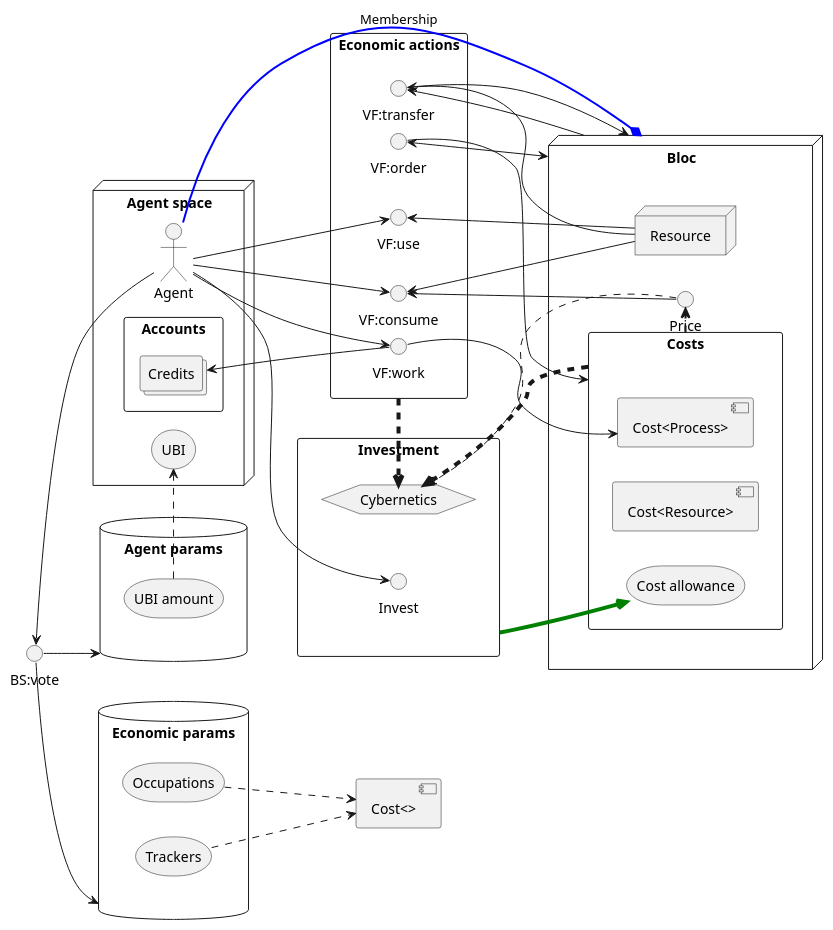
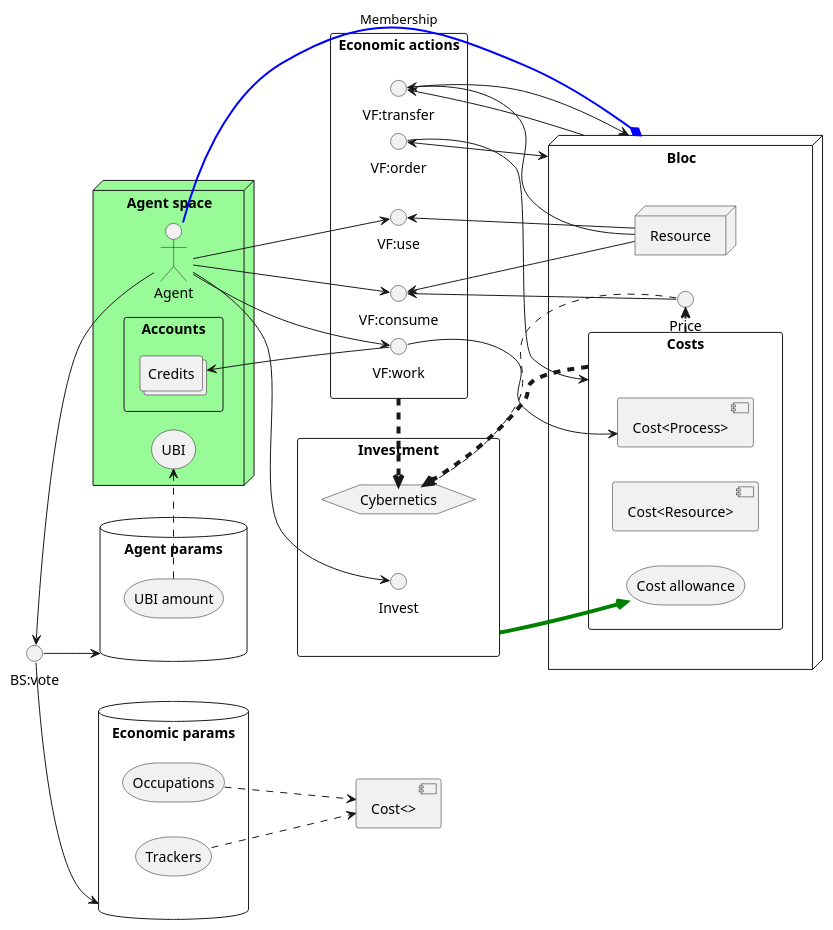
Before and after one commit to basisproject/paper: the diagram in protocol.plantuml, drawn with PlantUML.

Commit message:
make it rain

```diff
--- a/protocol.plantuml
+++ b/protocol.plantuml
@@ -1,78 +1,77 @@
 @startuml
 
 left to right direction
-
-node Agent as "Agent space" {
+node Agent as "Agent space" #palegreen {
 	actor Agent.agent as "Agent"
 
 	storage Agent.UBI as "UBI"
 	rectangle Accounts {
 		collections Account.credits as "Credits"
 	}
 }
 
 interface Vote as "BS:vote"
 
 database AgentParams as "Agent params" {
 	storage AgentParams.UBI as "UBI amount"
 }
 
 database EconParams as "Economic params" {
 	storage EconParams.Occ as "Occupations"
 	storage EconParams.Trk as "Trackers"
 }
 
 component Cost as "Cost<>" {
 }
 
 node Bloc {
 	rectangle Bloc.cost as "Costs" {
 		component Resource.cost as "Cost<Resource>"
 		component Process.cost as "Cost<Process>"
 		storage Bloc.Allowance as "Cost allowance"
 	}
 	node Resource
 	interface Price
 }
 
 rectangle Investment {
 	hexagon Cyber as "Cybernetics"
 	interface Invest
 }
 
 rectangle EcActions as "Economic actions" {
 	interface Order as "VF:order"
 	interface Work as "VF:work"
 	interface Use as "VF:use"
 	interface Consume as "VF:consume"
 	interface Transfer as "VF:transfer"
 }
 
 Agent.agent -l-> Vote
 Agent.agent -d-> Consume
 Agent.agent -d-> Use
 Agent.agent -d-> Work
 Agent.agent -[#blue,thickness=2]* Bloc : "Membership"
 Agent.agent -u-> Invest
 Vote -d-> AgentParams
 Vote -d-> EconParams
 Bloc <-> Order
 Bloc -> Transfer
 Bloc.cost .[thickness=2]> Price
 Bloc.cost .[thickness=4].> Cyber
 AgentParams.UBI .> Agent.UBI
 EconParams.Occ .d.> Cost
 EconParams.Trk .d.> Cost
 Price -> Consume
 Price .> Cyber
 Investment -[#green,thickness=4]-> Bloc.Allowance
 Order --> Bloc.cost
 Work -> Process.cost
 Work -> Account.credits
 Transfer -d-> Bloc
 Resource -u-> Consume
 Resource -u-> Use
 Resource -u-> Transfer
 EcActions .[thickness=4]> Cyber
 
 @enduml
```
